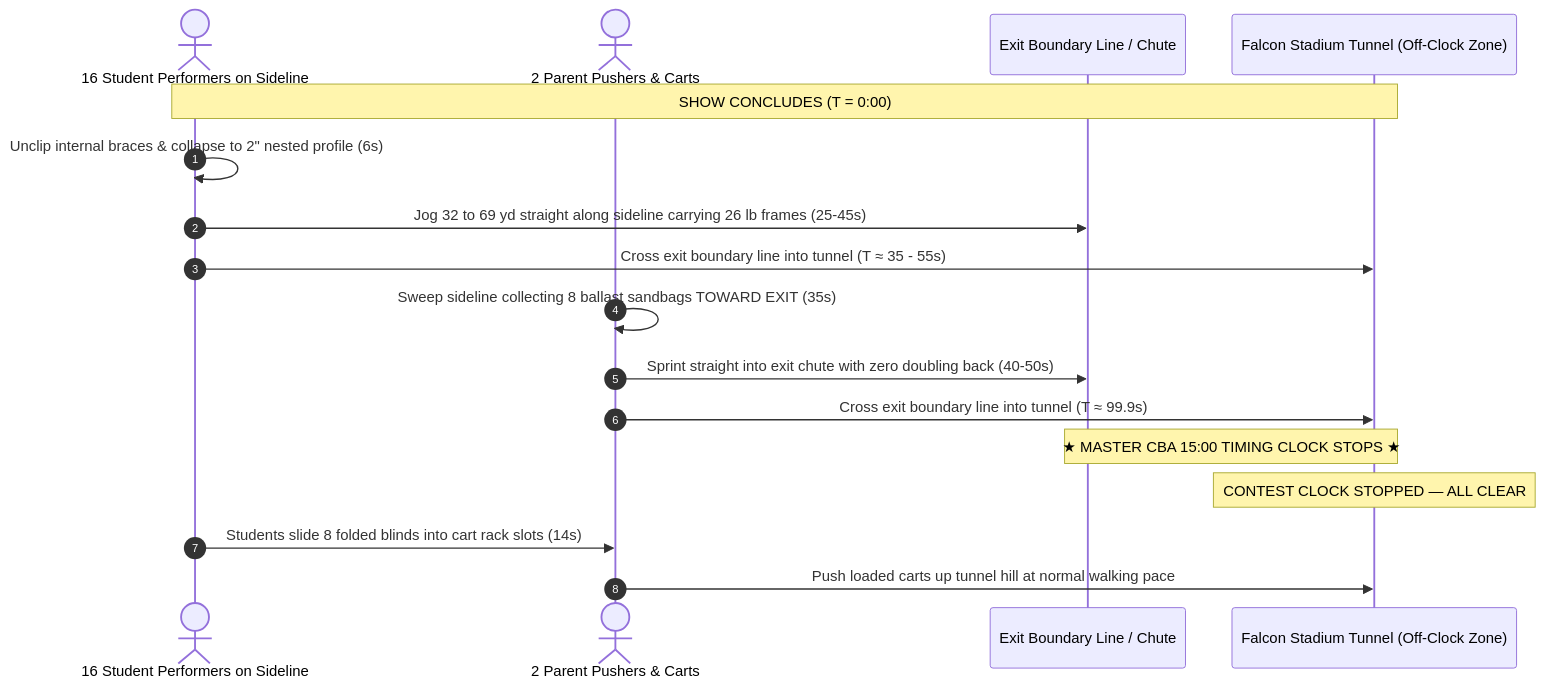
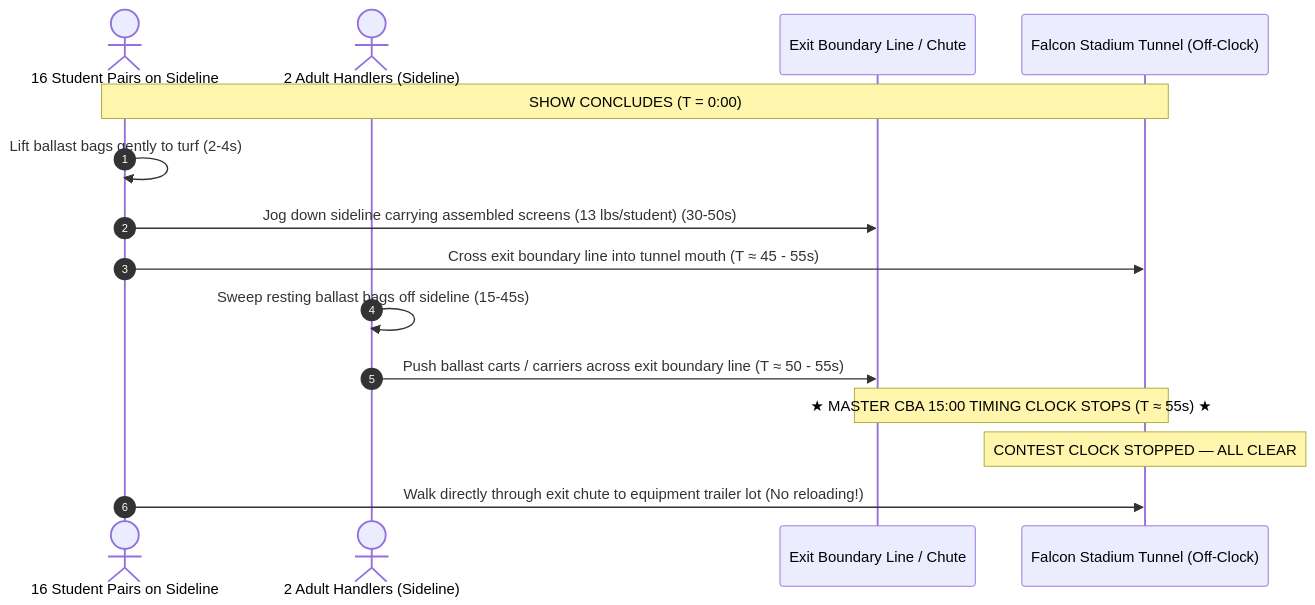
The second of 2 diagrams in PCHSMB/_Sideline Screen/sideline_screen_field_logistics_and_timing_guide.md (ericrowe/music), drawn with Mermaid before and after one commit. The commit also changed other lines of this file and 1 other file, not shown here.

Commit message:
docs(sideline-screen): integrate Two-Student Carry simulation results as recommended standard in field logistics guides

````diff
--- a/PCHSMB/_Sideline Screen/sideline_screen_field_logistics_and_timing_guide.md
+++ b/PCHSMB/_Sideline Screen/sideline_screen_field_logistics_and_timing_guide.md
@@ -158,20 +201,18 @@
 ```mermaid
 sequenceDiagram
     autonumber
-    actor Field as 16 Student Performers on Sideline
-    actor Cart as 2 Parent Pushers & Carts
+    actor Field as 16 Student Pairs on Sideline
+    actor Ballast as 2 Adult Handlers (Sideline)
     participant Line as Exit Boundary Line / Chute
-    participant Tunnel as Falcon Stadium Tunnel (Off-Clock Zone)
+    participant Tunnel as Falcon Stadium Tunnel (Off-Clock)
 
     Note over Field,Tunnel: SHOW CONCLUDES (T = 0:00)
-    Field->>Field: Unclip internal braces & collapse to 2" nested profile (6s)
-    Field->>Line: Jog 32 to 69 yd straight along sideline carrying 26 lb frames (25-45s)
-    Field->>Tunnel: Cross exit boundary line into tunnel (T ≈ 35 - 55s)
-    Cart->>Cart: Sweep sideline collecting 8 ballast sandbags TOWARD EXIT (35s)
-    Cart->>Line: Sprint straight into exit chute with zero doubling back (40-50s)
-    Cart->>Tunnel: Cross exit boundary line into tunnel (T ≈ 99.9s)
-    Note over Line,Tunnel: ★ MASTER CBA 15:00 TIMING CLOCK STOPS ★
+    Field->>Field: Lift ballast bags gently to turf (2-4s)
+    Field->>Line: Jog down sideline carrying assembled screens (13 lbs/student) (30-50s)
+    Field->>Tunnel: Cross exit boundary line into tunnel mouth (T ≈ 45 - 55s)
+    Ballast->>Ballast: Sweep resting ballast bags off sideline (15-45s)
+    Ballast->>Line: Push ballast carts / carriers across exit boundary line (T ≈ 50 - 55s)
+    Note over Line,Tunnel: ★ MASTER CBA 15:00 TIMING CLOCK STOPS (T ≈ 55s) ★
     Note over Tunnel: CONTEST CLOCK STOPPED — ALL CLEAR
-    Field->>Cart: Students slide 8 folded blinds into cart rack slots (14s)
-    Cart->>Tunnel: Push loaded carts up tunnel hill at normal walking pace
+    Field->>Tunnel: Walk directly through exit chute to equipment trailer lot (No reloading!)
 ```
````
